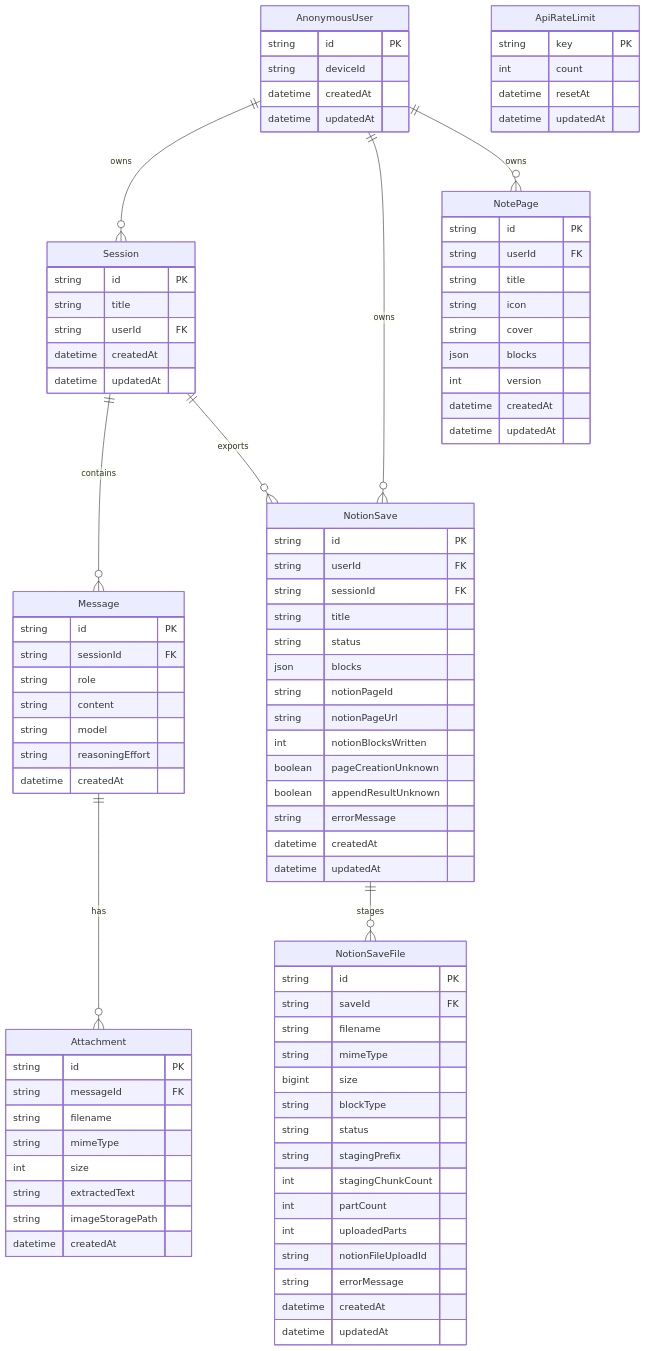
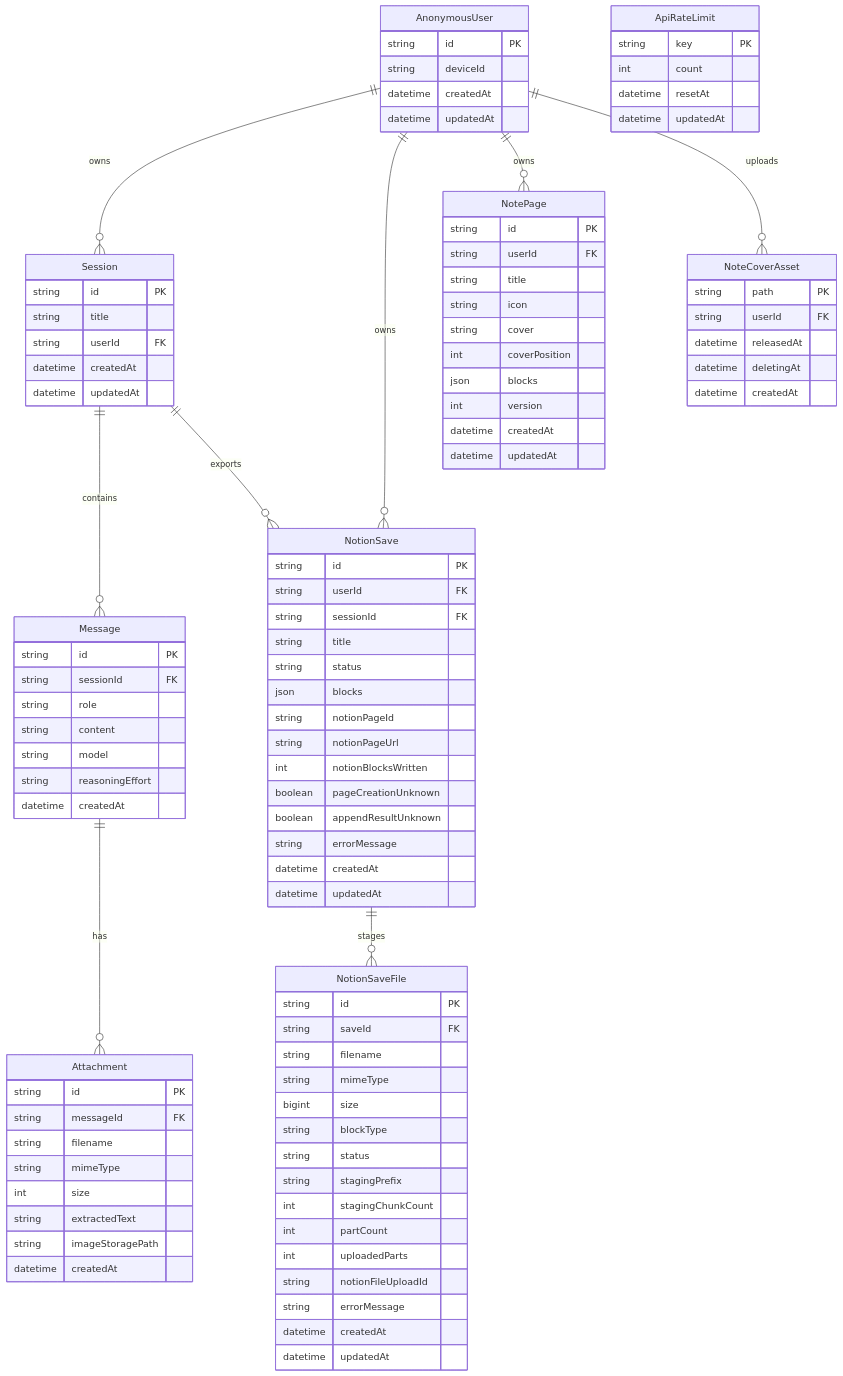
One commit to kakumine2001/NoteFable changed the diagram in docs/architecture/database.md. Above: the diagram before and after it, drawn with Mermaid. The commit also changed other lines of this file and 25 other files, not shown here.

First line of the commit message:
Add cover uploads, code highlighting, and safe cover cleanup to Pages

```diff
--- a/docs/architecture/database.md
+++ b/docs/architecture/database.md
@@ -60,6 +60,7 @@
     Message ||--o{ Attachment : has
     AnonymousUser ||--o{ NotionSave : owns
     AnonymousUser ||--o{ NotePage : owns
+    AnonymousUser ||--o{ NoteCoverAsset : uploads
     Session ||--o{ NotionSave : exports
     NotionSave ||--o{ NotionSaveFile : stages
 
@@ -70,12 +71,21 @@
         datetime updatedAt
     }
 
+    NoteCoverAsset {
+        string path PK
+        string userId FK
+        datetime releasedAt
+        datetime deletingAt
+        datetime createdAt
+    }
+
     NotePage {
         string id PK
         string userId FK
         string title
         string icon
         string cover
+        int coverPosition
         json blocks
         int version
         datetime createdAt
```
